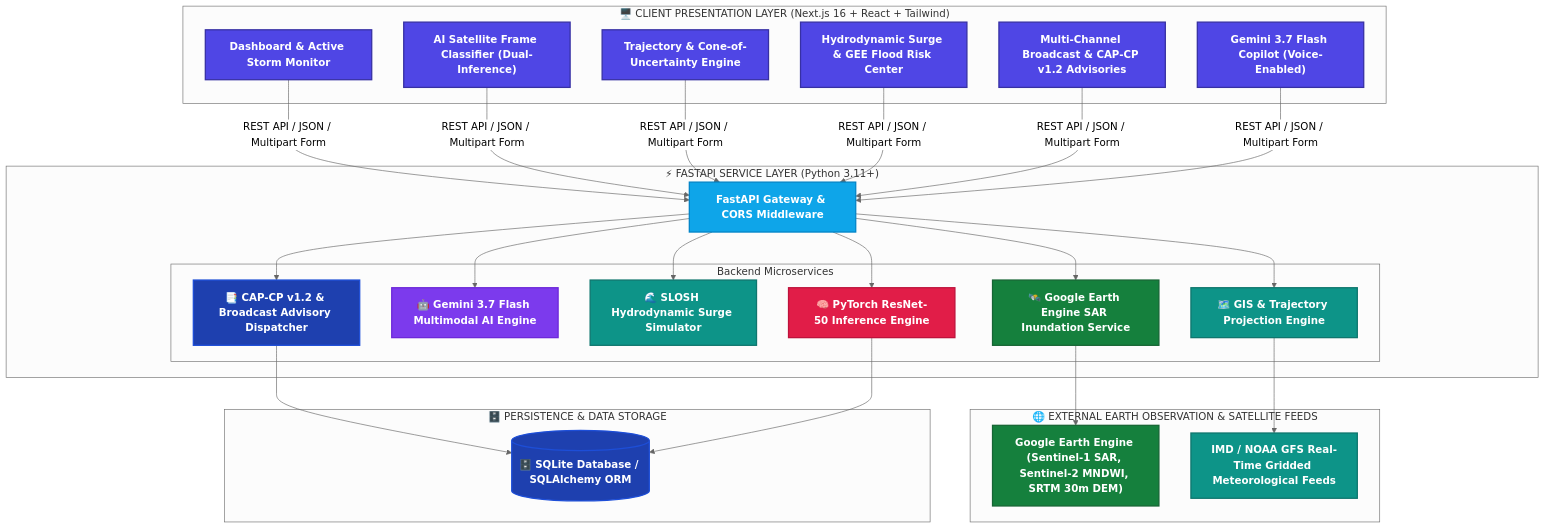
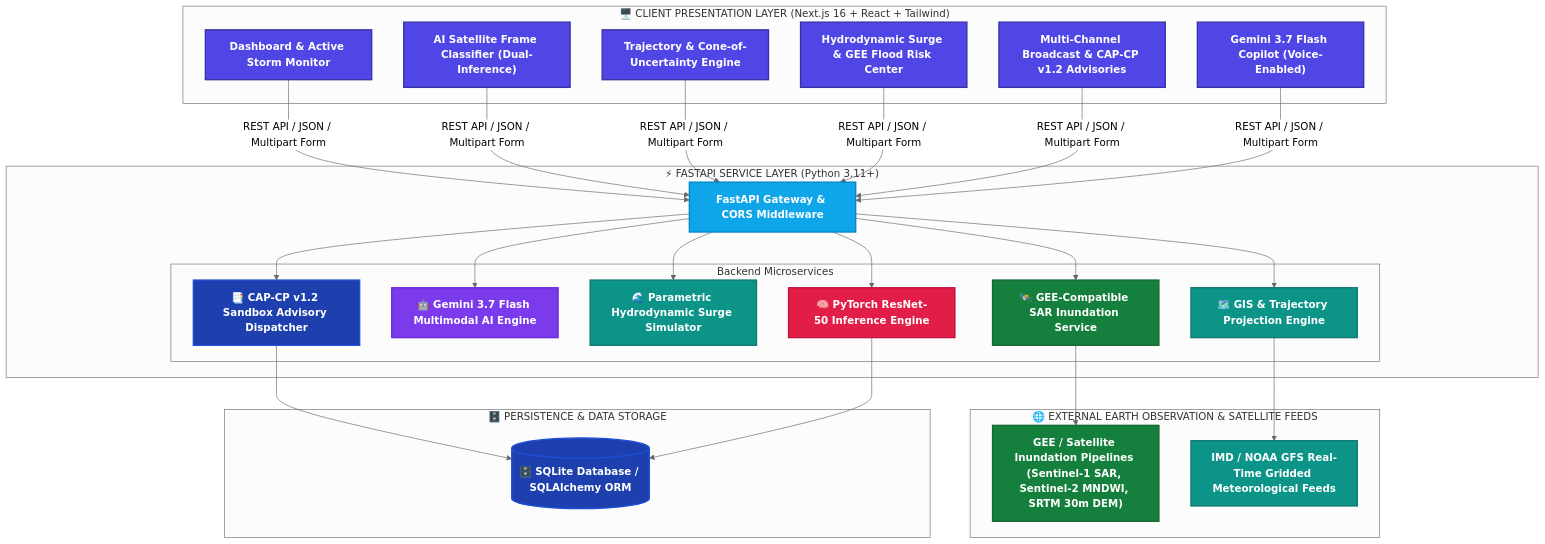
Before and after one commit to 8ernity/CycloNet: the diagram in README.md, drawn with Mermaid (neutral theme). The commit also changed other lines of this file and 11 other files, not shown here.

````diff
--- a/README.md
+++ b/README.md
@@ -94,48 +94,48 @@
 ```mermaid
 flowchart TB
     classDef clientStyle fill:#4F46E5,stroke:#3730A3,stroke-width:2px,color:#FFFFFF,font-weight:bold
     classDef apiStyle fill:#0EA5E9,stroke:#0284C7,stroke-width:2px,color:#FFFFFF,font-weight:bold
     classDef mlStyle fill:#E11D48,stroke:#BE123C,stroke-width:2px,color:#FFFFFF,font-weight:bold
     classDef mapStyle fill:#0D9488,stroke:#0F766E,stroke-width:2px,color:#FFFFFF,font-weight:bold
     classDef dbStyle fill:#1E40AF,stroke:#1D4ED8,stroke-width:2px,color:#FFFFFF,font-weight:bold
     classDef extStyle fill:#7C3AED,stroke:#6D28D9,stroke-width:2px,color:#FFFFFF,font-weight:bold
     classDef geeStyle fill:#15803D,stroke:#166534,stroke-width:2px,color:#FFFFFF,font-weight:bold
 
     subgraph ClientLayer["🖥️ CLIENT PRESENTATION LAYER (Next.js 16 + React + Tailwind)"]
         Dashboard["Dashboard & Active Storm Monitor"]:::clientStyle
         ClassifierUI["AI Satellite Frame Classifier (Dual-Inference)"]:::clientStyle
         ForecastUI["Trajectory & Cone-of-Uncertainty Engine"]:::clientStyle
         InfraUI["Hydrodynamic Surge & GEE Flood Risk Center"]:::clientStyle
         ReportsUI["Multi-Channel Broadcast & CAP-CP v1.2 Advisories"]:::clientStyle
         ChatbotUI["Gemini 3.7 Flash Copilot (Voice-Enabled)"]:::clientStyle
     end
 
     Dashboard & ClassifierUI & ForecastUI & InfraUI & ReportsUI & ChatbotUI -->|REST API / JSON / Multipart Form| Gateway
 
     subgraph BackendLayer["⚡ FASTAPI SERVICE LAYER (Python 3.11+)"]
         Gateway["FastAPI Gateway & CORS Middleware"]:::apiStyle
 
         subgraph CoreServices["Backend Microservices"]
             MLService["🧠 PyTorch ResNet-50 Inference Engine"]:::mlStyle
             GeminiService["🤖 Gemini 3.7 Flash Multimodal AI Engine"]:::extStyle
-            SurgeService["🌊 SLOSH Hydrodynamic Surge Simulator"]:::mapStyle
-            GEEService["🛰️ Google Earth Engine SAR Inundation Service"]:::geeStyle
+            SurgeService["🌊 Parametric Hydrodynamic Surge Simulator"]:::mapStyle
+            GEEService["🛰️ GEE-Compatible SAR Inundation Service"]:::geeStyle
             GISService["🗺️ GIS & Trajectory Projection Engine"]:::mapStyle
-            ReportService["📑 CAP-CP v1.2 & Broadcast Advisory Dispatcher"]:::dbStyle
+            ReportService["📑 CAP-CP v1.2 Sandbox Advisory Dispatcher"]:::dbStyle
         end
 
         Gateway --> MLService & GeminiService & SurgeService & GEEService & GISService & ReportService
     end
 
     subgraph ExternalData["🌐 EXTERNAL EARTH OBSERVATION & SATELLITE FEEDS"]
-        GEE["Google Earth Engine (Sentinel-1 SAR, Sentinel-2 MNDWI, SRTM 30m DEM)"]:::geeStyle
+        GEE["GEE / Satellite Inundation Pipelines (Sentinel-1 SAR, Sentinel-2 MNDWI, SRTM 30m DEM)"]:::geeStyle
         IMD_NOAA["IMD / NOAA GFS Real-Time Gridded Meteorological Feeds"]:::mapStyle
         GEEService --> GEE
         GISService --> IMD_NOAA
     end
 
     subgraph StorageLayer["🗄️ PERSISTENCE & DATA STORAGE"]
         DB[("🗄️ SQLite Database / SQLAlchemy ORM")]:::dbStyle
         ReportService & MLService --> DB
     end
 ```
````
